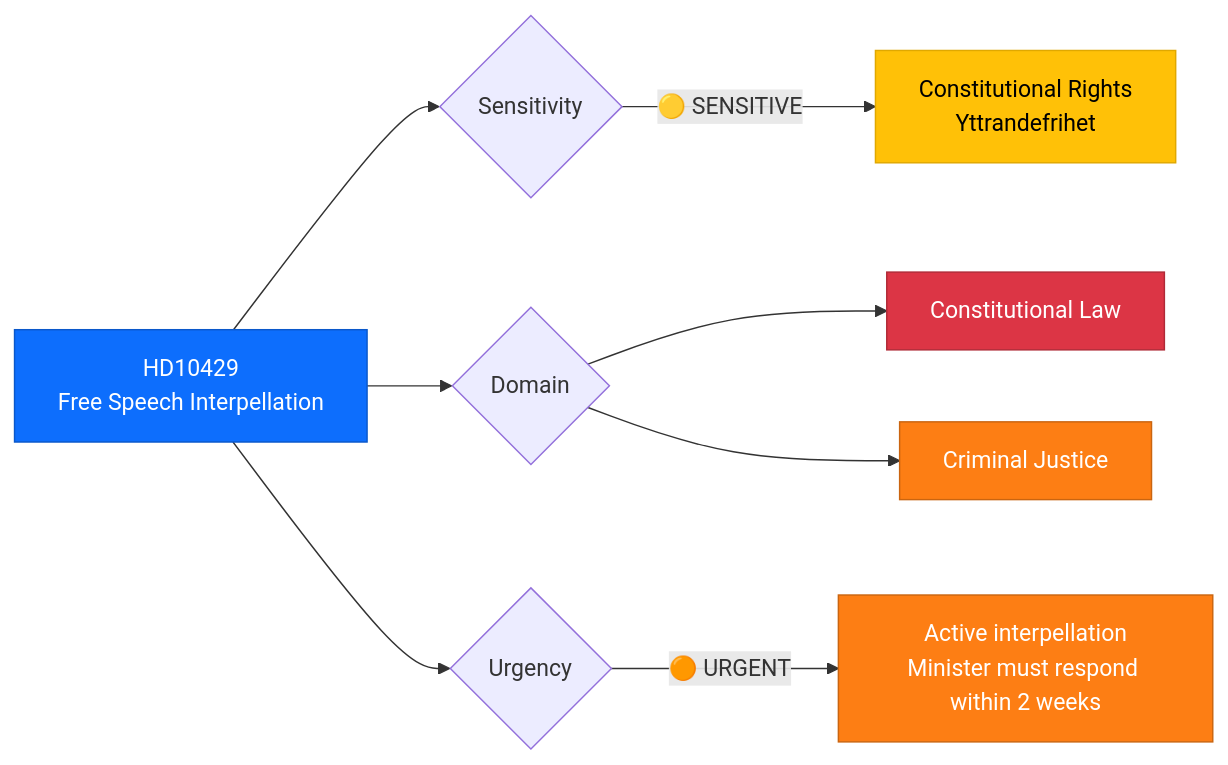
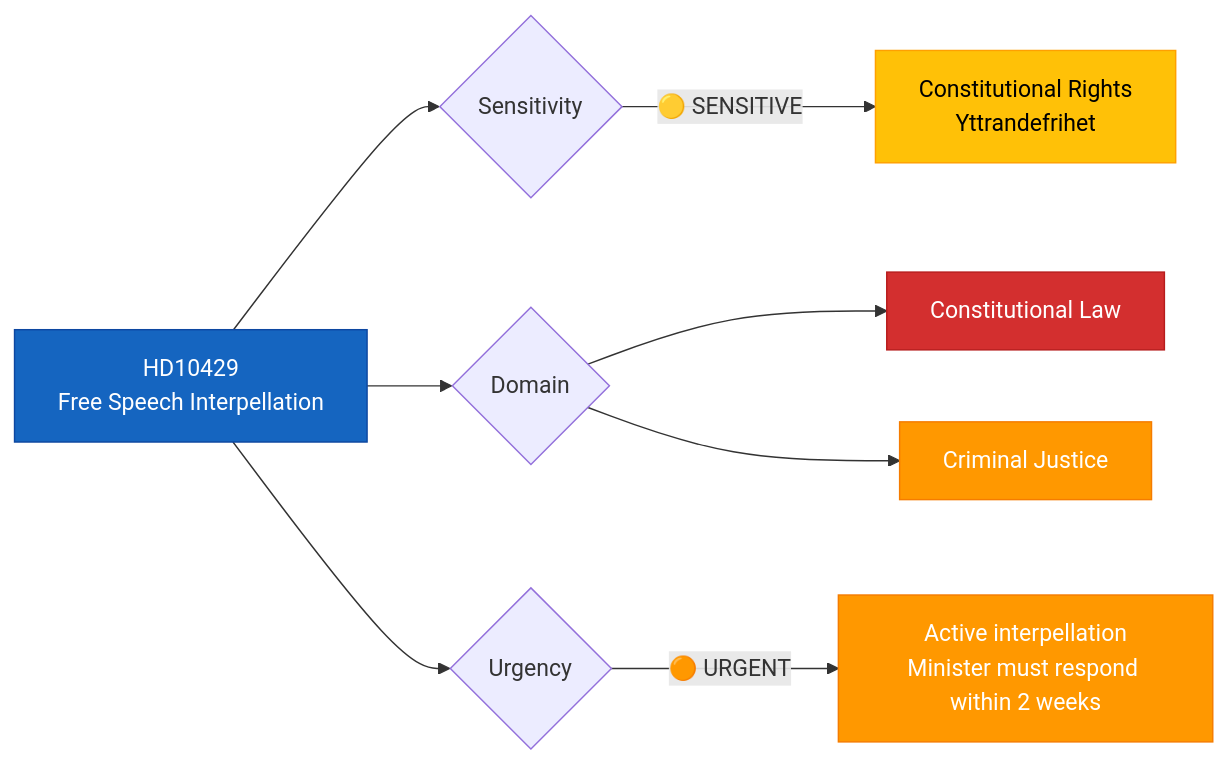
One commit to Hack23/riksdagsmonitor changed the diagram in analysis/daily/2026-04-07/realtime-1026/documents/hd10429-analysis.md. Above: the diagram before and after it, drawn with Mermaid. The commit also changed 785 other files, not shown here.

First line of the commit message:
Normalize mermaid colors across 786 analysis artifacts to ISMS Style Guide palette

````diff
--- a/analysis/daily/2026-04-07/realtime-1026/documents/hd10429-analysis.md
+++ b/analysis/daily/2026-04-07/realtime-1026/documents/hd10429-analysis.md
@@ -26,18 +26,18 @@
 ```mermaid
 graph LR
     A["HD10429<br/>Free Speech Interpellation"] --> B{Sensitivity}
     B -->|"🟡 SENSITIVE"| C["Constitutional Rights<br/>Yttrandefrihet"]
 
     A --> G{Domain}
     G --> H["Constitutional Law"]
     G --> I["Criminal Justice"]
 
     A --> K{Urgency}
     K -->|"🟠 URGENT"| L["Active interpellation<br/>Minister must respond within 2 weeks"]
 
-    style A fill:#0d6efd,stroke:#0a58ca,color:#fff
-    style C fill:#ffc107,stroke:#e0a800,color:#000
-    style H fill:#dc3545,stroke:#b02a37,color:#fff
-    style I fill:#fd7e14,stroke:#ca6510,color:#fff
-    style L fill:#fd7e14,stroke:#ca6510,color:#fff
+    style A fill:#1565C0,stroke:#0D47A1,color:#FFFFFF
+    style C fill:#FFC107,stroke:#FFA000,color:#000000
+    style H fill:#D32F2F,stroke:#B71C1C,color:#FFFFFF
+    style I fill:#FF9800,stroke:#F57C00,color:#FFFFFF
+    style L fill:#FF9800,stroke:#F57C00,color:#FFFFFF
 ```
````
